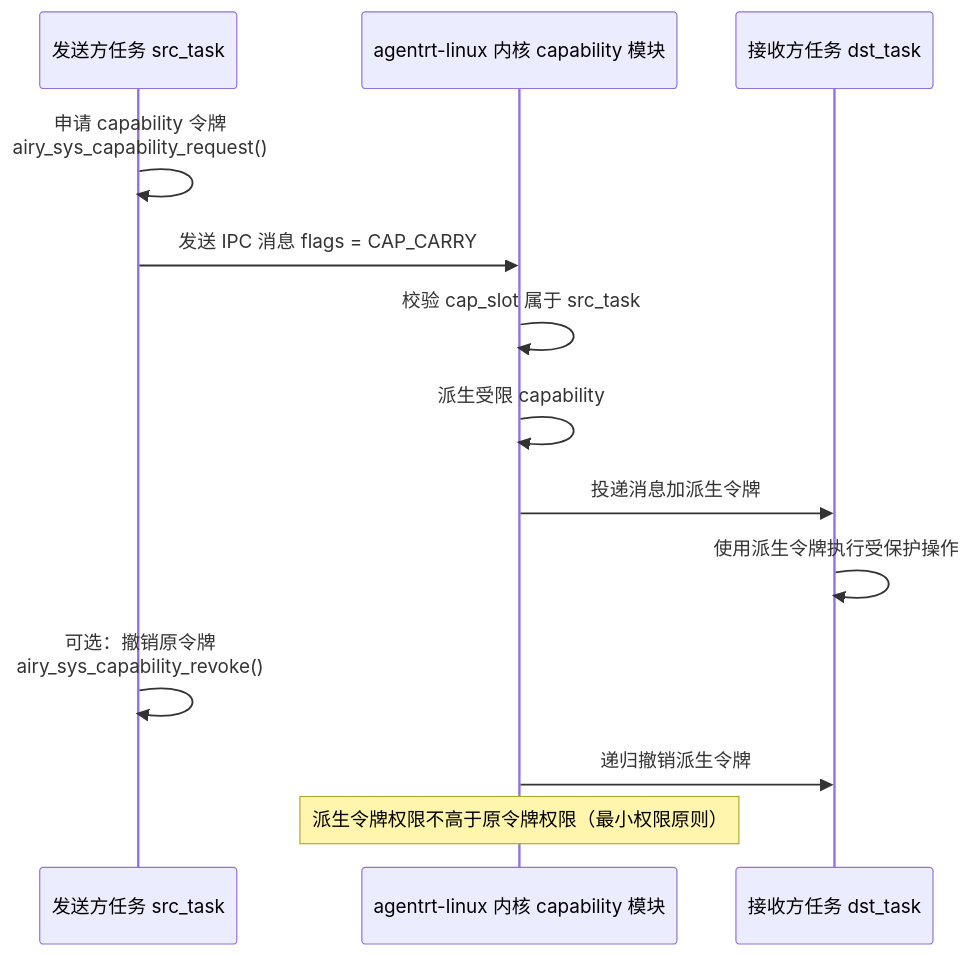
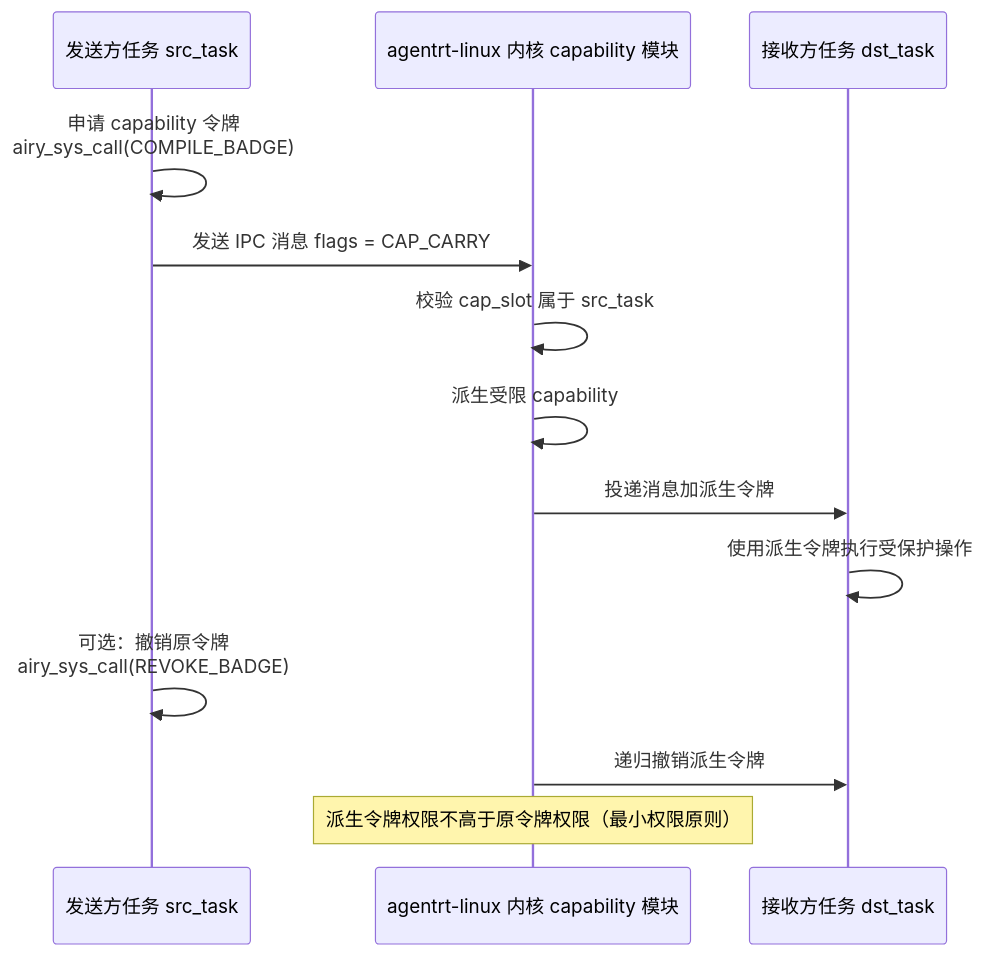
The second of 6 diagrams in 50-engineering-standards/20-contracts/contracts.md (openairymax/docs-linux), drawn with Mermaid before and after one commit. The commit also changed other lines of this file and 50 other files, not shown here.

Commit message:
docs: 更新全部文档以适配 v1.0.1 版本 Capability Folding 变更 本次更新覆盖所有相关文档，主要变更包括： 1. 统一系统调用编号段从 512-631 调整为 548-571 2. 替换废弃的独立 syscall 为统一的 airy_sys_call + op-dispatch 模型

````diff
--- a/50-engineering-standards/20-contracts/contracts.md
+++ b/50-engineering-standards/20-contracts/contracts.md
@@ -225,17 +225,17 @@
 ```mermaid
 sequenceDiagram
     participant S as 发送方任务 src_task
     participant K as agentrt-linux 内核 capability 模块
     participant R as 接收方任务 dst_task
 
-    S->>S: 申请 capability 令牌<br/>airy_sys_capability_request()
+    S->>S: 申请 capability 令牌<br/>airy_sys_call(COMPILE_BADGE)
     S->>K: 发送 IPC 消息 flags = CAP_CARRY
     K->>K: 校验 cap_slot 属于 src_task
     K->>K: 派生受限 capability
     K->>R: 投递消息加派生令牌
     R->>R: 使用派生令牌执行受保护操作
-    S->>S: 可选：撤销原令牌<br/>airy_sys_capability_revoke()
+    S->>S: 可选：撤销原令牌<br/>airy_sys_call(REVOKE_BADGE)
     K->>R: 递归撤销派生令牌
 
     Note over K: 派生令牌权限不高于原令牌权限（最小权限原则）
 ```
````
